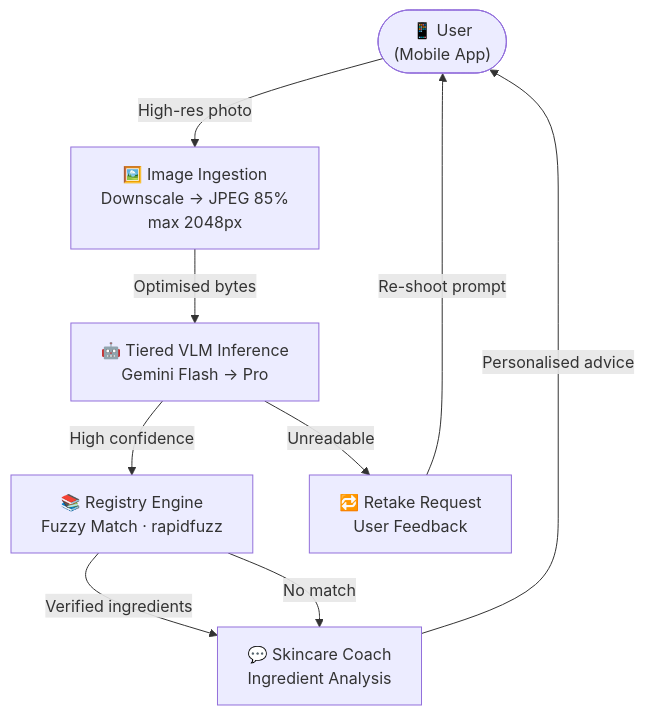
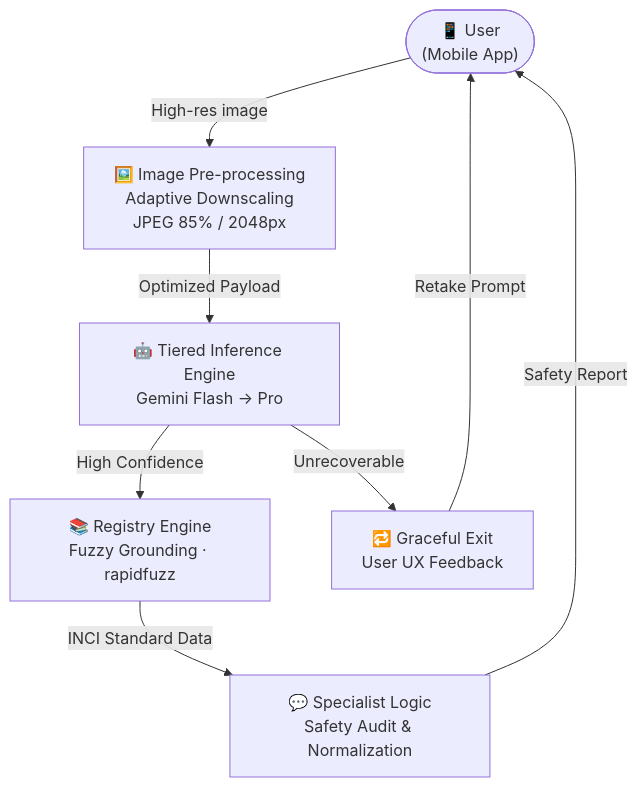
The third of 4 diagrams in README.md (dvallslanaquera/skingraph), drawn with Mermaid before and after one commit. The commit also changed other lines of this file, not shown here.

````diff
--- a/README.md
+++ b/README.md
@@ -180,18 +216,17 @@
 ```mermaid
 flowchart TB
     User(["📱 User\n(Mobile App)"])
-    Ingest["🖼️ Image Ingestion\nDownscale → JPEG 85%\nmax 2048px"]
-    VLM["🤖 Tiered VLM Inference\nGemini Flash → Pro"]
-    Registry["📚 Registry Engine\nFuzzy Match · rapidfuzz"]
-    Coach["💬 Skincare Coach\nIngredient Analysis"]
-    Retake["🔁 Retake Request\nUser Feedback"]
+    Ingest["🖼️ Image Pre-processing\nAdaptive Downscaling\nJPEG 85% / 2048px"]
+    VLM["🤖 Tiered Inference Engine\nGemini Flash → Pro"]
+    Registry["📚 Registry Engine\nFuzzy Grounding · rapidfuzz"]
+    Coach["💬 Specialist Logic\nSafety Audit & Normalization"]
+    Retake["🔁 Graceful Exit\nUser UX Feedback"]
 
-    User -->|"High-res photo"| Ingest
-    Ingest -->|"Optimised bytes"| VLM
-    VLM -->|"High confidence"| Registry
-    VLM -->|"Unreadable"| Retake
-    Registry -->|"Verified ingredients"| Coach
-    Registry -->|"No match"| Coach
-    Coach -->|"Personalised advice"| User
-    Retake -->|"Re-shoot prompt"| User
+    User -->|"High-res image"| Ingest
+    Ingest -->|"Optimized Payload"| VLM
+    VLM -->|"High Confidence"| Registry
+    VLM -->|"Unrecoverable"| Retake
+    Registry -->|"INCI Standard Data"| Coach
+    Coach -->|"Safety Report"| User
+    Retake -->|"Retake Prompt"| User
 ```
````
